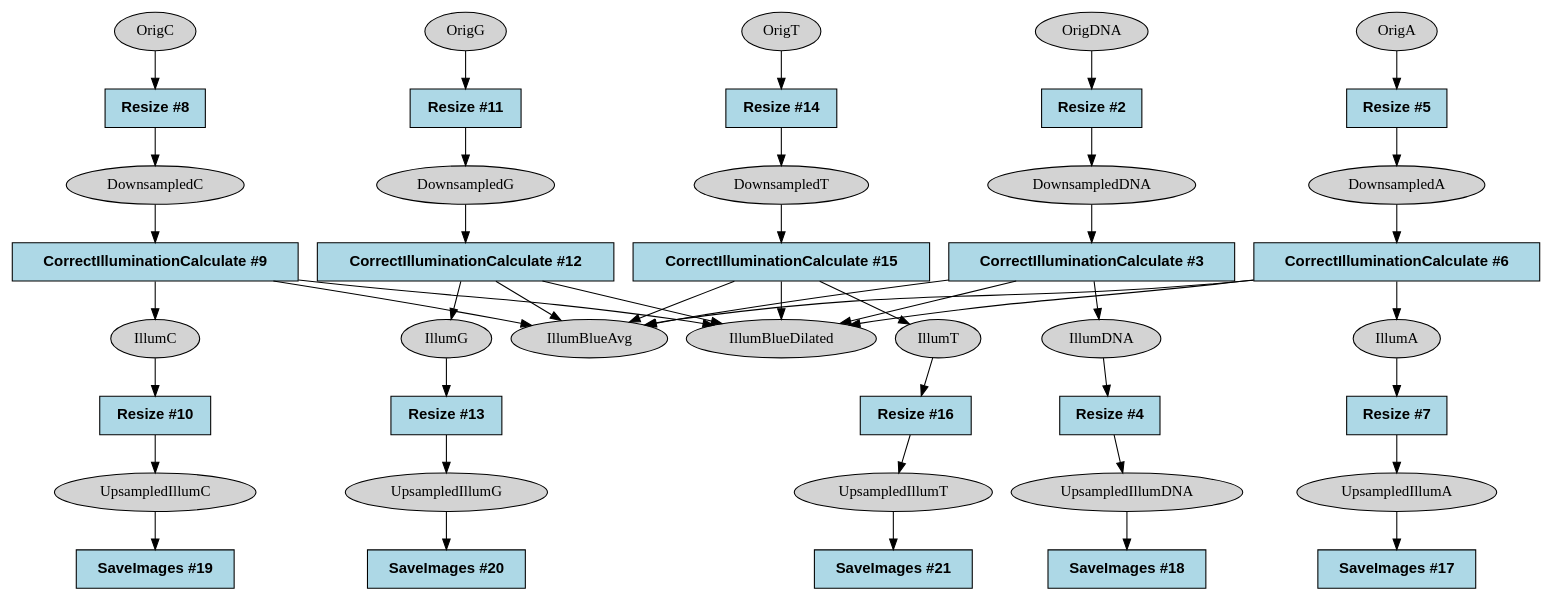
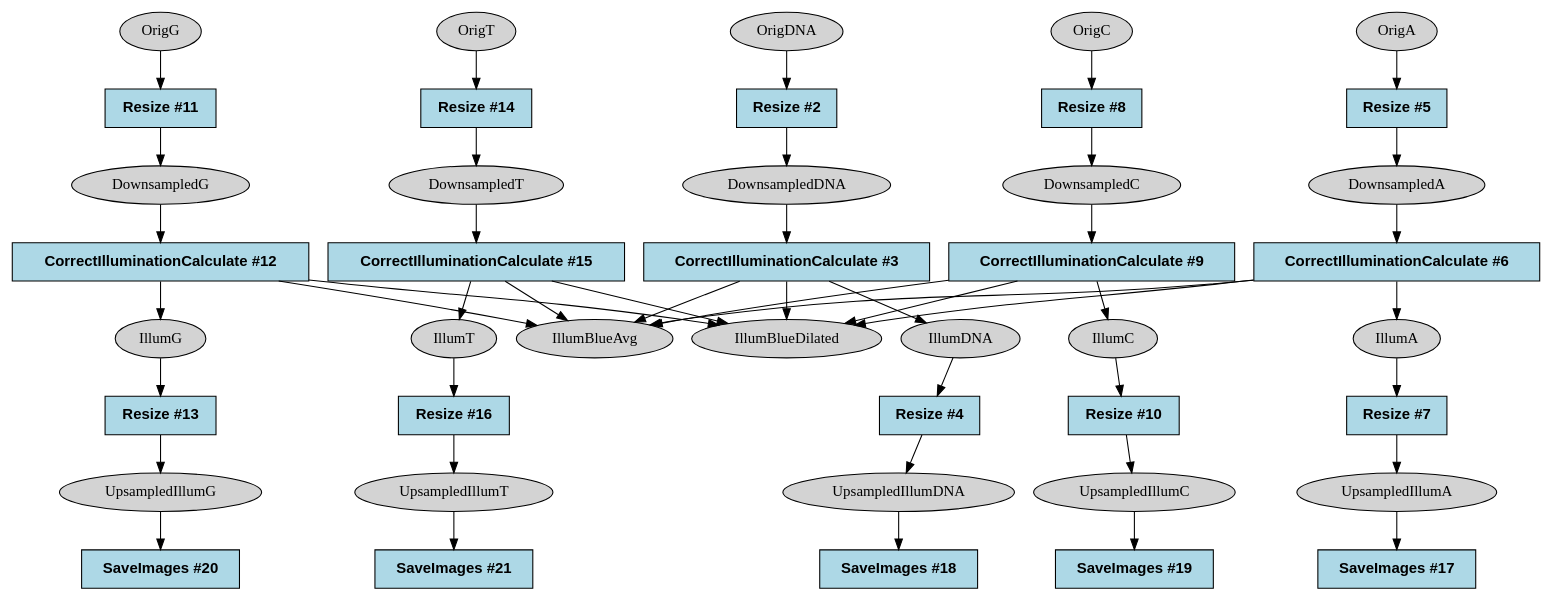
One commit to broadinstitute/starrynight changed the diagram in docs/tester/assets/pcpip-pipelines/_ref_graph_format/dot/ref_5_BC_Illum.dot. Above: the diagram before and after it, drawn with Graphviz. The commit also changed 6 other files, not shown here.

```diff
--- a/docs/tester/assets/pcpip-pipelines/_ref_graph_format/dot/ref_5_BC_Illum.dot
+++ b/docs/tester/assets/pcpip-pipelines/_ref_graph_format/dot/ref_5_BC_Illum.dot
@@ -1,24 +1,24 @@
 strict digraph {
-CorrectIlluminationCalculate_35c6e410 [type=module, label="CorrectIlluminationCalculate #12", module_name=CorrectIlluminationCalculate, module_num=12, original_num=12, stable_id="CorrectIlluminationCalculate_35c6e410", enabled=True, shape=box, style=filled, fillcolor=lightblue, fontname="Helvetica-Bold"];
-CorrectIlluminationCalculate_4f2a1071 [type=module, label="CorrectIlluminationCalculate #9", module_name=CorrectIlluminationCalculate, module_num=9, original_num=9, stable_id="CorrectIlluminationCalculate_4f2a1071", enabled=True, shape=box, style=filled, fillcolor=lightblue, fontname="Helvetica-Bold"];
-CorrectIlluminationCalculate_6eb8df9a [type=module, label="CorrectIlluminationCalculate #15", module_name=CorrectIlluminationCalculate, module_num=15, original_num=15, stable_id="CorrectIlluminationCalculate_6eb8df9a", enabled=True, shape=box, style=filled, fillcolor=lightblue, fontname="Helvetica-Bold"];
-CorrectIlluminationCalculate_7124d077 [type=module, label="CorrectIlluminationCalculate #6", module_name=CorrectIlluminationCalculate, module_num=6, original_num=6, stable_id="CorrectIlluminationCalculate_7124d077", enabled=True, shape=box, style=filled, fillcolor=lightblue, fontname="Helvetica-Bold"];
-CorrectIlluminationCalculate_85b36b98 [type=module, label="CorrectIlluminationCalculate #3", module_name=CorrectIlluminationCalculate, module_num=3, original_num=3, stable_id="CorrectIlluminationCalculate_85b36b98", enabled=True, shape=box, style=filled, fillcolor=lightblue, fontname="Helvetica-Bold"];
-Resize_15a90887 [type=module, label="Resize #8", module_name=Resize, module_num=8, original_num=8, stable_id="Resize_15a90887", enabled=True, shape=box, style=filled, fillcolor=lightblue, fontname="Helvetica-Bold"];
-Resize_5a1061b5 [type=module, label="Resize #7", module_name=Resize, module_num=7, original_num=7, stable_id="Resize_5a1061b5", enabled=True, shape=box, style=filled, fillcolor=lightblue, fontname="Helvetica-Bold"];
-Resize_680cda47 [type=module, label="Resize #14", module_name=Resize, module_num=14, original_num=14, stable_id="Resize_680cda47", enabled=True, shape=box, style=filled, fillcolor=lightblue, fontname="Helvetica-Bold"];
-Resize_8daf000f [type=module, label="Resize #10", module_name=Resize, module_num=10, original_num=10, stable_id="Resize_8daf000f", enabled=True, shape=box, style=filled, fillcolor=lightblue, fontname="Helvetica-Bold"];
-Resize_97399754 [type=module, label="Resize #2", module_name=Resize, module_num=2, original_num=2, stable_id="Resize_97399754", enabled=True, shape=box, style=filled, fillcolor=lightblue, fontname="Helvetica-Bold"];
-Resize_9b4fd0f7 [type=module, label="Resize #4", module_name=Resize, module_num=4, original_num=4, stable_id="Resize_9b4fd0f7", enabled=True, shape=box, style=filled, fillcolor=lightblue, fontname="Helvetica-Bold"];
-Resize_ba4f0f0 [type=module, label="Resize #5", module_name=Resize, module_num=5, original_num=5, stable_id="Resize_ba4f0f0", enabled=True, shape=box, style=filled, fillcolor=lightblue, fontname="Helvetica-Bold"];
-Resize_c3a9e81e [type=module, label="Resize #11", module_name=Resize, module_num=11, original_num=11, stable_id="Resize_c3a9e81e", enabled=True, shape=box, style=filled, fillcolor=lightblue, fontname="Helvetica-Bold"];
-Resize_c7556b0 [type=module, label="Resize #13", module_name=Resize, module_num=13, original_num=13, stable_id="Resize_c7556b0", enabled=True, shape=box, style=filled, fillcolor=lightblue, fontname="Helvetica-Bold"];
-Resize_d6a89fac [type=module, label="Resize #16", module_name=Resize, module_num=16, original_num=16, stable_id="Resize_d6a89fac", enabled=True, shape=box, style=filled, fillcolor=lightblue, fontname="Helvetica-Bold"];
-SaveImages_3c50b5ba [type=module, label="SaveImages #21", module_name=SaveImages, module_num=21, original_num=21, stable_id="SaveImages_3c50b5ba", enabled=True, shape=box, style=filled, fillcolor=lightblue, fontname="Helvetica-Bold"];
-SaveImages_5925a135 [type=module, label="SaveImages #18", module_name=SaveImages, module_num=18, original_num=18, stable_id="SaveImages_5925a135", enabled=True, shape=box, style=filled, fillcolor=lightblue, fontname="Helvetica-Bold"];
-SaveImages_ba7bc902 [type=module, label="SaveImages #17", module_name=SaveImages, module_num=17, original_num=17, stable_id="SaveImages_ba7bc902", enabled=True, shape=box, style=filled, fillcolor=lightblue, fontname="Helvetica-Bold"];
-SaveImages_bfc4963f [type=module, label="SaveImages #20", module_name=SaveImages, module_num=20, original_num=20, stable_id="SaveImages_bfc4963f", enabled=True, shape=box, style=filled, fillcolor=lightblue, fontname="Helvetica-Bold"];
-SaveImages_d6bb074a [type=module, label="SaveImages #19", module_name=SaveImages, module_num=19, original_num=19, stable_id="SaveImages_d6bb074a", enabled=True, shape=box, style=filled, fillcolor=lightblue, fontname="Helvetica-Bold"];
+CorrectIlluminationCalculate_35e6ccf4 [type=module, label="CorrectIlluminationCalculate #15", module_name=CorrectIlluminationCalculate, module_num=15, original_num=15, stable_id="CorrectIlluminationCalculate_35e6ccf4", enabled=True, shape=box, style=filled, fillcolor=lightblue, fontname="Helvetica-Bold"];
+CorrectIlluminationCalculate_441ea05c [type=module, label="CorrectIlluminationCalculate #12", module_name=CorrectIlluminationCalculate, module_num=12, original_num=12, stable_id="CorrectIlluminationCalculate_441ea05c", enabled=True, shape=box, style=filled, fillcolor=lightblue, fontname="Helvetica-Bold"];
+CorrectIlluminationCalculate_4e9b096f [type=module, label="CorrectIlluminationCalculate #3", module_name=CorrectIlluminationCalculate, module_num=3, original_num=3, stable_id="CorrectIlluminationCalculate_4e9b096f", enabled=True, shape=box, style=filled, fillcolor=lightblue, fontname="Helvetica-Bold"];
+CorrectIlluminationCalculate_710449da [type=module, label="CorrectIlluminationCalculate #6", module_name=CorrectIlluminationCalculate, module_num=6, original_num=6, stable_id="CorrectIlluminationCalculate_710449da", enabled=True, shape=box, style=filled, fillcolor=lightblue, fontname="Helvetica-Bold"];
+CorrectIlluminationCalculate_e3d41161 [type=module, label="CorrectIlluminationCalculate #9", module_name=CorrectIlluminationCalculate, module_num=9, original_num=9, stable_id="CorrectIlluminationCalculate_e3d41161", enabled=True, shape=box, style=filled, fillcolor=lightblue, fontname="Helvetica-Bold"];
+Resize_2ccb6ab7 [type=module, label="Resize #11", module_name=Resize, module_num=11, original_num=11, stable_id="Resize_2ccb6ab7", enabled=True, shape=box, style=filled, fillcolor=lightblue, fontname="Helvetica-Bold"];
+Resize_378f0fc4 [type=module, label="Resize #5", module_name=Resize, module_num=5, original_num=5, stable_id="Resize_378f0fc4", enabled=True, shape=box, style=filled, fillcolor=lightblue, fontname="Helvetica-Bold"];
+Resize_38ecdc67 [type=module, label="Resize #4", module_name=Resize, module_num=4, original_num=4, stable_id="Resize_38ecdc67", enabled=True, shape=box, style=filled, fillcolor=lightblue, fontname="Helvetica-Bold"];
+Resize_3f3b7480 [type=module, label="Resize #13", module_name=Resize, module_num=13, original_num=13, stable_id="Resize_3f3b7480", enabled=True, shape=box, style=filled, fillcolor=lightblue, fontname="Helvetica-Bold"];
+Resize_40e4c0ae [type=module, label="Resize #7", module_name=Resize, module_num=7, original_num=7, stable_id="Resize_40e4c0ae", enabled=True, shape=box, style=filled, fillcolor=lightblue, fontname="Helvetica-Bold"];
+Resize_458620e6 [type=module, label="Resize #10", module_name=Resize, module_num=10, original_num=10, stable_id="Resize_458620e6", enabled=True, shape=box, style=filled, fillcolor=lightblue, fontname="Helvetica-Bold"];
+Resize_45f0677f [type=module, label="Resize #14", module_name=Resize, module_num=14, original_num=14, stable_id="Resize_45f0677f", enabled=True, shape=box, style=filled, fillcolor=lightblue, fontname="Helvetica-Bold"];
+Resize_78f7154 [type=module, label="Resize #8", module_name=Resize, module_num=8, original_num=8, stable_id="Resize_78f7154", enabled=True, shape=box, style=filled, fillcolor=lightblue, fontname="Helvetica-Bold"];
+Resize_87d27d86 [type=module, label="Resize #2", module_name=Resize, module_num=2, original_num=2, stable_id="Resize_87d27d86", enabled=True, shape=box, style=filled, fillcolor=lightblue, fontname="Helvetica-Bold"];
+Resize_f7457200 [type=module, label="Resize #16", module_name=Resize, module_num=16, original_num=16, stable_id="Resize_f7457200", enabled=True, shape=box, style=filled, fillcolor=lightblue, fontname="Helvetica-Bold"];
+SaveImages_26cae2a2 [type=module, label="SaveImages #18", module_name=SaveImages, module_num=18, original_num=18, stable_id="SaveImages_26cae2a2", enabled=True, shape=box, style=filled, fillcolor=lightblue, fontname="Helvetica-Bold"];
+SaveImages_2706bea7 [type=module, label="SaveImages #17", module_name=SaveImages, module_num=17, original_num=17, stable_id="SaveImages_2706bea7", enabled=True, shape=box, style=filled, fillcolor=lightblue, fontname="Helvetica-Bold"];
+SaveImages_b1914eea [type=module, label="SaveImages #20", module_name=SaveImages, module_num=20, original_num=20, stable_id="SaveImages_b1914eea", enabled=True, shape=box, style=filled, fillcolor=lightblue, fontname="Helvetica-Bold"];
+SaveImages_be67cd82 [type=module, label="SaveImages #21", module_name=SaveImages, module_num=21, original_num=21, stable_id="SaveImages_be67cd82", enabled=True, shape=box, style=filled, fillcolor=lightblue, fontname="Helvetica-Bold"];
+SaveImages_ef885992 [type=module, label="SaveImages #19", module_name=SaveImages, module_num=19, original_num=19, stable_id="SaveImages_ef885992", enabled=True, shape=box, style=filled, fillcolor=lightblue, fontname="Helvetica-Bold"];
 image__DownsampledA [type=image, label=DownsampledA, shape=ellipse, style=filled, fillcolor=lightgray];
 image__DownsampledC [type=image, label=DownsampledC, shape=ellipse, style=filled, fillcolor=lightgray];
 image__DownsampledDNA [type=image, label=DownsampledDNA, shape=ellipse, style=filled, fillcolor=lightgray];
@@ -41,49 +41,49 @@
 image__UpsampledIllumDNA [type=image, label=UpsampledIllumDNA, shape=ellipse, style=filled, fillcolor=lightgray];
 image__UpsampledIllumG [type=image, label=UpsampledIllumG, shape=ellipse, style=filled, fillcolor=lightgray];
 image__UpsampledIllumT [type=image, label=UpsampledIllumT, shape=ellipse, style=filled, fillcolor=lightgray];
-CorrectIlluminationCalculate_35c6e410 -> image__IllumBlueAvg [type="image_output"];
-CorrectIlluminationCalculate_35c6e410 -> image__IllumBlueDilated [type="image_output"];
-CorrectIlluminationCalculate_35c6e410 -> image__IllumG [type="image_output"];
-CorrectIlluminationCalculate_4f2a1071 -> image__IllumBlueAvg [type="image_output"];
-CorrectIlluminationCalculate_4f2a1071 -> image__IllumBlueDilated [type="image_output"];
-CorrectIlluminationCalculate_4f2a1071 -> image__IllumC [type="image_output"];
-CorrectIlluminationCalculate_6eb8df9a -> image__IllumBlueAvg [type="image_output"];
-CorrectIlluminationCalculate_6eb8df9a -> image__IllumBlueDilated [type="image_output"];
-CorrectIlluminationCalculate_6eb8df9a -> image__IllumT [type="image_output"];
-CorrectIlluminationCalculate_7124d077 -> image__IllumA [type="image_output"];
-CorrectIlluminationCalculate_7124d077 -> image__IllumBlueAvg [type="image_output"];
-CorrectIlluminationCalculate_7124d077 -> image__IllumBlueDilated [type="image_output"];
-CorrectIlluminationCalculate_85b36b98 -> image__IllumBlueAvg [type="image_output"];
-CorrectIlluminationCalculate_85b36b98 -> image__IllumBlueDilated [type="image_output"];
-CorrectIlluminationCalculate_85b36b98 -> image__IllumDNA [type="image_output"];
-Resize_15a90887 -> image__DownsampledC [type="image_output"];
-Resize_5a1061b5 -> image__UpsampledIllumA [type="image_output"];
-Resize_680cda47 -> image__DownsampledT [type="image_output"];
-Resize_8daf000f -> image__UpsampledIllumC [type="image_output"];
-Resize_97399754 -> image__DownsampledDNA [type="image_output"];
-Resize_9b4fd0f7 -> image__UpsampledIllumDNA [type="image_output"];
-Resize_ba4f0f0 -> image__DownsampledA [type="image_output"];
-Resize_c3a9e81e -> image__DownsampledG [type="image_output"];
-Resize_c7556b0 -> image__UpsampledIllumG [type="image_output"];
-Resize_d6a89fac -> image__UpsampledIllumT [type="image_output"];
-image__DownsampledA -> CorrectIlluminationCalculate_7124d077 [type="image_input"];
-image__DownsampledC -> CorrectIlluminationCalculate_4f2a1071 [type="image_input"];
-image__DownsampledDNA -> CorrectIlluminationCalculate_85b36b98 [type="image_input"];
-image__DownsampledG -> CorrectIlluminationCalculate_35c6e410 [type="image_input"];
-image__DownsampledT -> CorrectIlluminationCalculate_6eb8df9a [type="image_input"];
-image__IllumA -> Resize_5a1061b5 [type="image_input"];
-image__IllumC -> Resize_8daf000f [type="image_input"];
-image__IllumDNA -> Resize_9b4fd0f7 [type="image_input"];
-image__IllumG -> Resize_c7556b0 [type="image_input"];
-image__IllumT -> Resize_d6a89fac [type="image_input"];
-image__OrigA -> Resize_ba4f0f0 [type="image_input"];
-image__OrigC -> Resize_15a90887 [type="image_input"];
-image__OrigDNA -> Resize_97399754 [type="image_input"];
-image__OrigG -> Resize_c3a9e81e [type="image_input"];
-image__OrigT -> Resize_680cda47 [type="image_input"];
-image__UpsampledIllumA -> SaveImages_ba7bc902 [type="image_input"];
-image__UpsampledIllumC -> SaveImages_d6bb074a [type="image_input"];
-image__UpsampledIllumDNA -> SaveImages_5925a135 [type="image_input"];
-image__UpsampledIllumG -> SaveImages_bfc4963f [type="image_input"];
-image__UpsampledIllumT -> SaveImages_3c50b5ba [type="image_input"];
+CorrectIlluminationCalculate_35e6ccf4 -> image__IllumBlueAvg [type="image_output"];
+CorrectIlluminationCalculate_35e6ccf4 -> image__IllumBlueDilated [type="image_output"];
+CorrectIlluminationCalculate_35e6ccf4 -> image__IllumT [type="image_output"];
+CorrectIlluminationCalculate_441ea05c -> image__IllumBlueAvg [type="image_output"];
+CorrectIlluminationCalculate_441ea05c -> image__IllumBlueDilated [type="image_output"];
+CorrectIlluminationCalculate_441ea05c -> image__IllumG [type="image_output"];
+CorrectIlluminationCalculate_4e9b096f -> image__IllumBlueAvg [type="image_output"];
+CorrectIlluminationCalculate_4e9b096f -> image__IllumBlueDilated [type="image_output"];
+CorrectIlluminationCalculate_4e9b096f -> image__IllumDNA [type="image_output"];
+CorrectIlluminationCalculate_710449da -> image__IllumA [type="image_output"];
+CorrectIlluminationCalculate_710449da -> image__IllumBlueAvg [type="image_output"];
+CorrectIlluminationCalculate_710449da -> image__IllumBlueDilated [type="image_output"];
+CorrectIlluminationCalculate_e3d41161 -> image__IllumBlueAvg [type="image_output"];
+CorrectIlluminationCalculate_e3d41161 -> image__IllumBlueDilated [type="image_output"];
+CorrectIlluminationCalculate_e3d41161 -> image__IllumC [type="image_output"];
+Resize_2ccb6ab7 -> image__DownsampledG [type="image_output"];
+Resize_378f0fc4 -> image__DownsampledA [type="image_output"];
+Resize_38ecdc67 -> image__UpsampledIllumDNA [type="image_output"];
+Resize_3f3b7480 -> image__UpsampledIllumG [type="image_output"];
+Resize_40e4c0ae -> image__UpsampledIllumA [type="image_output"];
+Resize_458620e6 -> image__UpsampledIllumC [type="image_output"];
+Resize_45f0677f -> image__DownsampledT [type="image_output"];
+Resize_78f7154 -> image__DownsampledC [type="image_output"];
+Resize_87d27d86 -> image__DownsampledDNA [type="image_output"];
+Resize_f7457200 -> image__UpsampledIllumT [type="image_output"];
+image__DownsampledA -> CorrectIlluminationCalculate_710449da [type="image_input"];
+image__DownsampledC -> CorrectIlluminationCalculate_e3d41161 [type="image_input"];
+image__DownsampledDNA -> CorrectIlluminationCalculate_4e9b096f [type="image_input"];
+image__DownsampledG -> CorrectIlluminationCalculate_441ea05c [type="image_input"];
+image__DownsampledT -> CorrectIlluminationCalculate_35e6ccf4 [type="image_input"];
+image__IllumA -> Resize_40e4c0ae [type="image_input"];
+image__IllumC -> Resize_458620e6 [type="image_input"];
+image__IllumDNA -> Resize_38ecdc67 [type="image_input"];
+image__IllumG -> Resize_3f3b7480 [type="image_input"];
+image__IllumT -> Resize_f7457200 [type="image_input"];
+image__OrigA -> Resize_378f0fc4 [type="image_input"];
+image__OrigC -> Resize_78f7154 [type="image_input"];
+image__OrigDNA -> Resize_87d27d86 [type="image_input"];
+image__OrigG -> Resize_2ccb6ab7 [type="image_input"];
+image__OrigT -> Resize_45f0677f [type="image_input"];
+image__UpsampledIllumA -> SaveImages_2706bea7 [type="image_input"];
+image__UpsampledIllumC -> SaveImages_ef885992 [type="image_input"];
+image__UpsampledIllumDNA -> SaveImages_26cae2a2 [type="image_input"];
+image__UpsampledIllumG -> SaveImages_b1914eea [type="image_input"];
+image__UpsampledIllumT -> SaveImages_be67cd82 [type="image_input"];
 }
```
